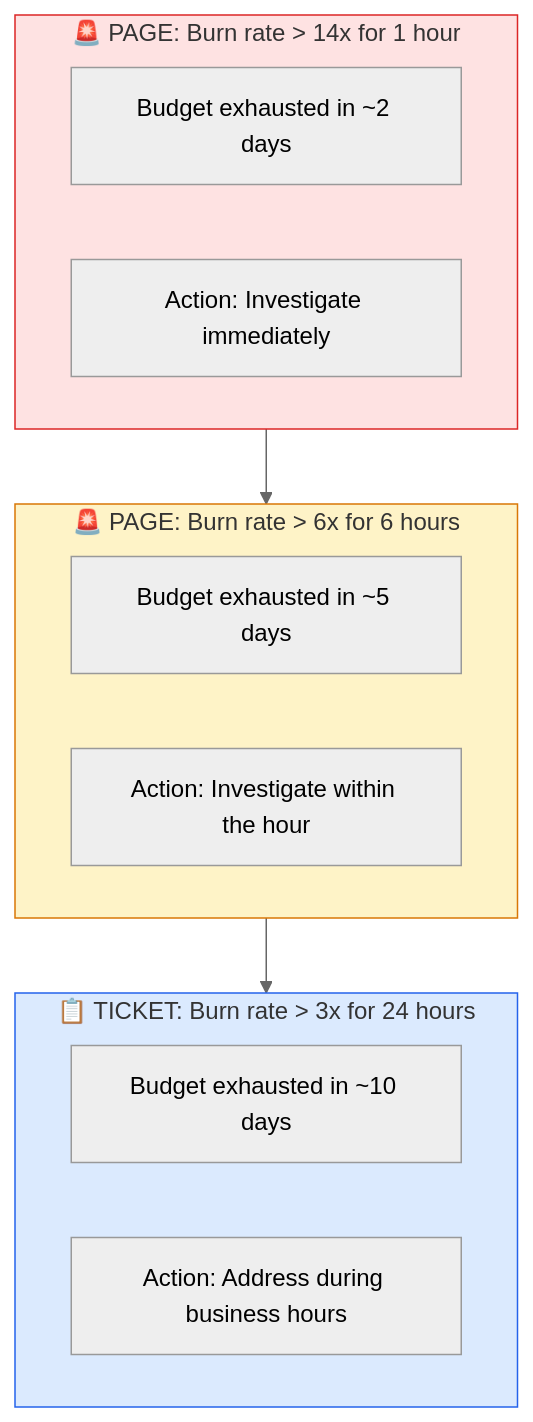
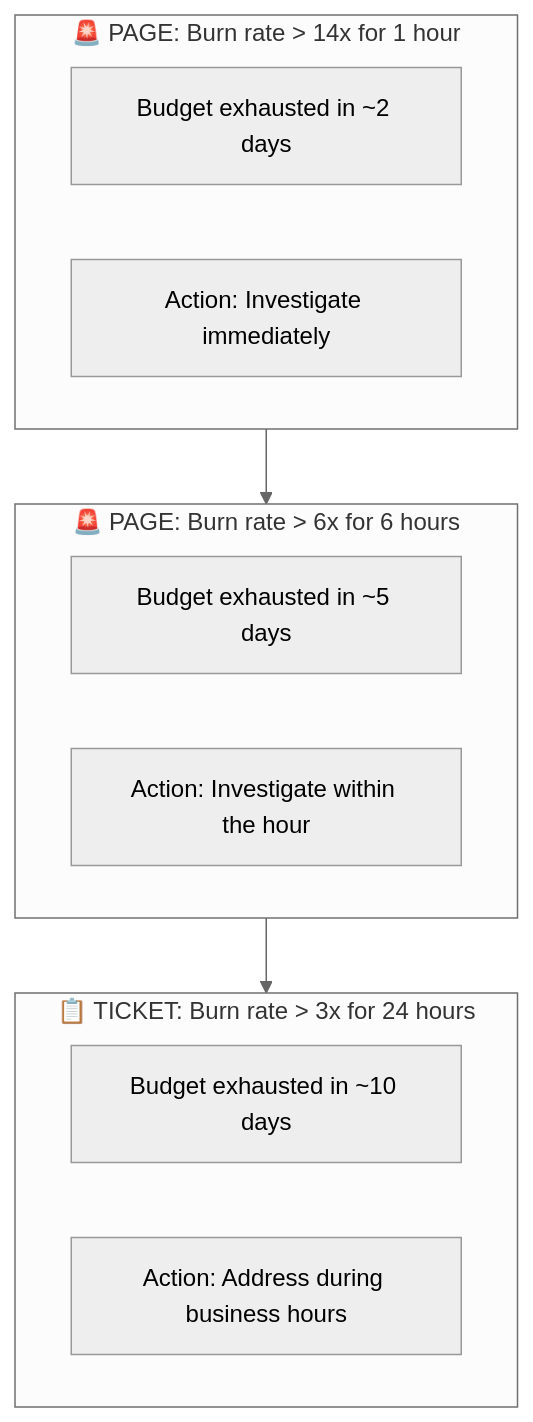
The third of 6 diagrams in docs/observability/alerting.md (shivam-g-mishra/blog), drawn with Mermaid (neutral theme) before and after one commit. The commit also changed other lines of this file and 23 other files, not shown here.

First line of the commit message:
fix: improve Mermaid diagram visibility in dark mode

````diff
--- a/docs/observability/alerting.md
+++ b/docs/observability/alerting.md
@@ -253,24 +244,20 @@
 ```mermaid
 flowchart TB
     subgraph critical["🚨 PAGE: Burn rate > 14x for 1 hour"]
         c1["Budget exhausted in ~2 days"]
         c2["Action: Investigate immediately"]
     end
     
     subgraph warning["🚨 PAGE: Burn rate > 6x for 6 hours"]
         w1["Budget exhausted in ~5 days"]
         w2["Action: Investigate within the hour"]
     end
     
     subgraph ticket["📋 TICKET: Burn rate > 3x for 24 hours"]
         t1["Budget exhausted in ~10 days"]
         t2["Action: Address during business hours"]
     end
     
     critical --> warning
     warning --> ticket
-    
-    style critical fill:#fee2e2,stroke:#dc2626
-    style warning fill:#fef3c7,stroke:#d97706
-    style ticket fill:#dbeafe,stroke:#2563eb
 ```
````
